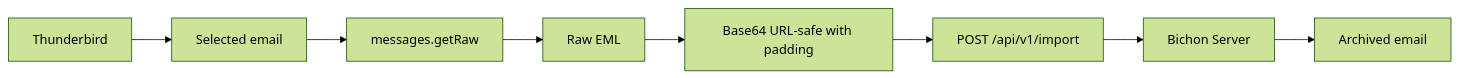
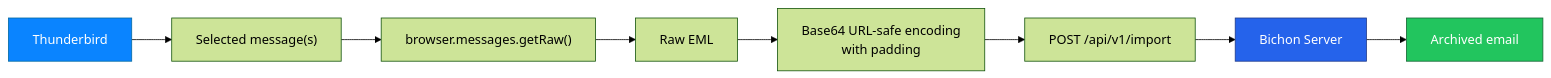
The diagram in README.md (nabz54/bichon-thunderbird-archiver), drawn with Mermaid (forest theme) before and after one commit. The commit also changed other lines of this file, not shown here.

````diff
--- a/README.md
+++ b/README.md
@@ -126,10 +203,14 @@
 ```mermaid
 flowchart LR
-    A[Thunderbird] --> B[Selected email]
-    B --> C[messages.getRaw]
-    C --> D[Raw EML]
-    D --> E[Base64 URL-safe with padding]
-    E --> F[POST /api/v1/import]
-    F --> G[Bichon Server]
-    G --> H[Archived email]
+    A["Thunderbird"] --> B["Selected message(s)"]
+    B --> C["browser.messages.getRaw()"]
+    C --> D["Raw EML"]
+    D --> E["Base64 URL-safe encoding<br/>with padding"]
+    E --> F["POST /api/v1/import"]
+    F --> G["Bichon Server"]
+    G --> H["Archived email"]
+
+    style A fill:#0A84FF,color:#fff,stroke:#0369A1
+    style G fill:#2563EB,color:#fff,stroke:#1E3A8A
+    style H fill:#22C55E,color:#fff,stroke:#166534
 ```
````
